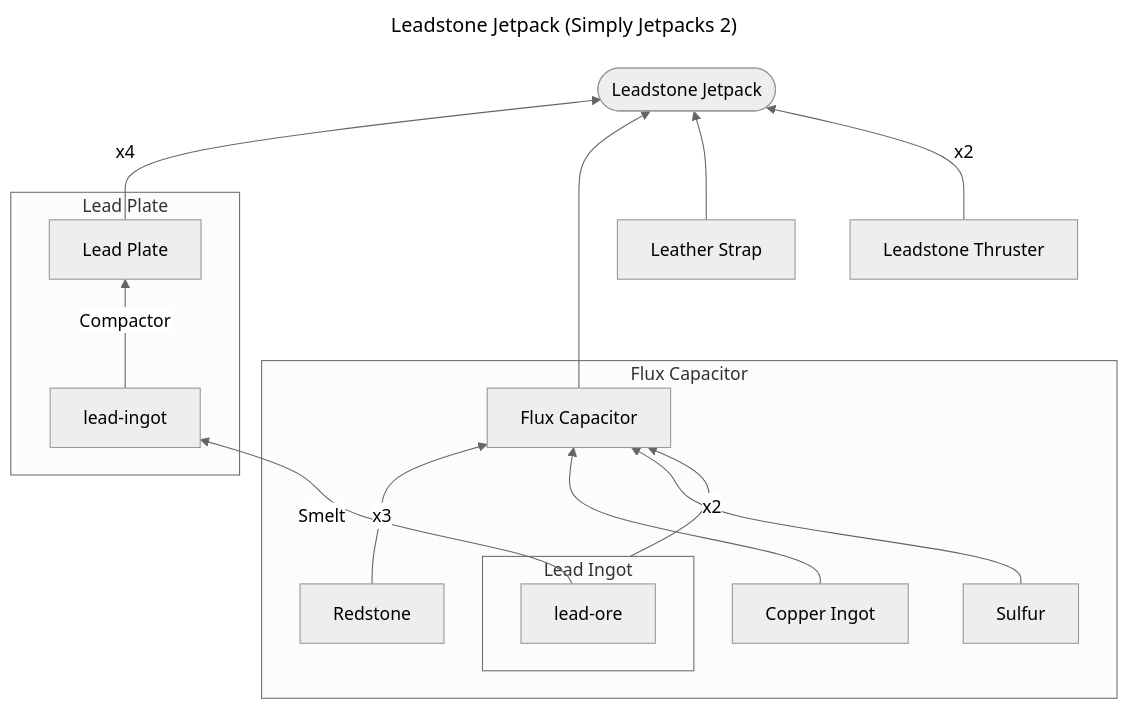
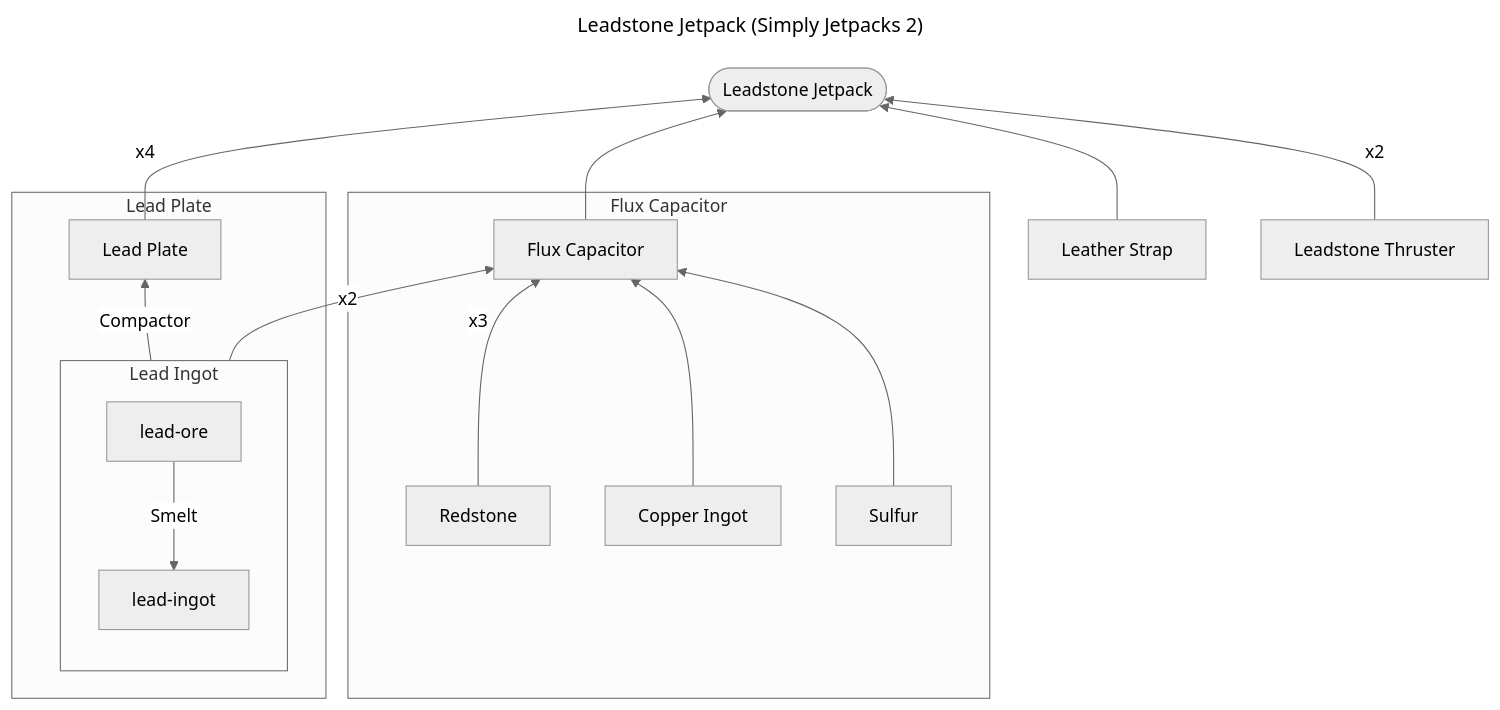
One commit to res0nat0r/minecraft changed the diagram in leadstone-backpack.md. Above: the diagram before and after it, drawn with Mermaid (neutral theme).

````diff
--- a/leadstone-backpack.md
+++ b/leadstone-backpack.md
@@ -1,35 +1,35 @@
 ```mermaid
 ---
 title: Leadstone Jetpack (Simply Jetpacks 2)
 ---
 
 flowchart BT
 
 leadstone-jetpack([Leadstone Jetpack])
 
 %% Tier 1
 lead-plate[Lead Plate] --> |x4| leadstone-jetpack
 flux-capacitor[Flux Capacitor] --> leadstone-jetpack
 leather-strap[Leather Strap] --> leadstone-jetpack
 leadstone-thruster[Leadstone Thruster]--> |x2| leadstone-jetpack
 
 %% Lead Plate
 subgraph sg-lead-plate [Lead Plate]
-    lead-ingot --> |Compactor| lead-plate
+    sg-lead-ingot --> |Compactor| lead-plate
 end
 
 %% Lead Ingot
 subgraph sg-lead-ingot [Lead Ingot]
     lead-ore --> |Smelt| lead-ingot
 end
 
 %% Flux Capacitor
 subgraph sg-flux-capacitor [Flux Capacitor]
     sg-lead-ingot --> |x2| flux-capacitor
     redstone[Redstone] --> |x3| flux-capacitor
     copper-ingot[Copper Ingot] --> flux-capacitor
     sulfur[Sulfur] --> flux-capacitor
 end
     
 
 ```
````
